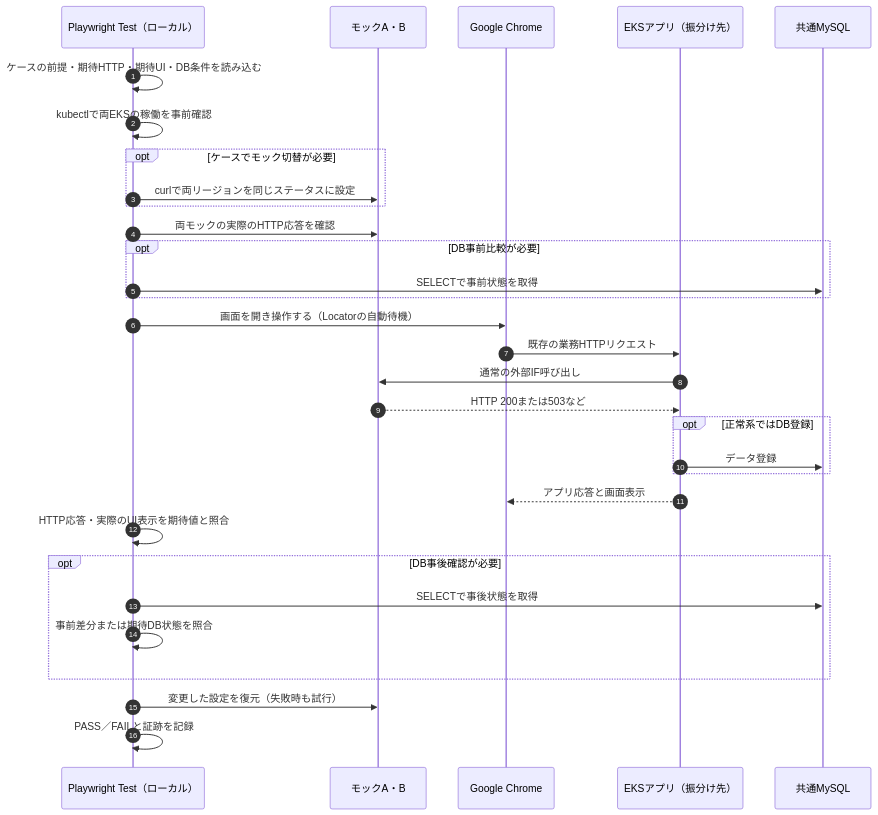
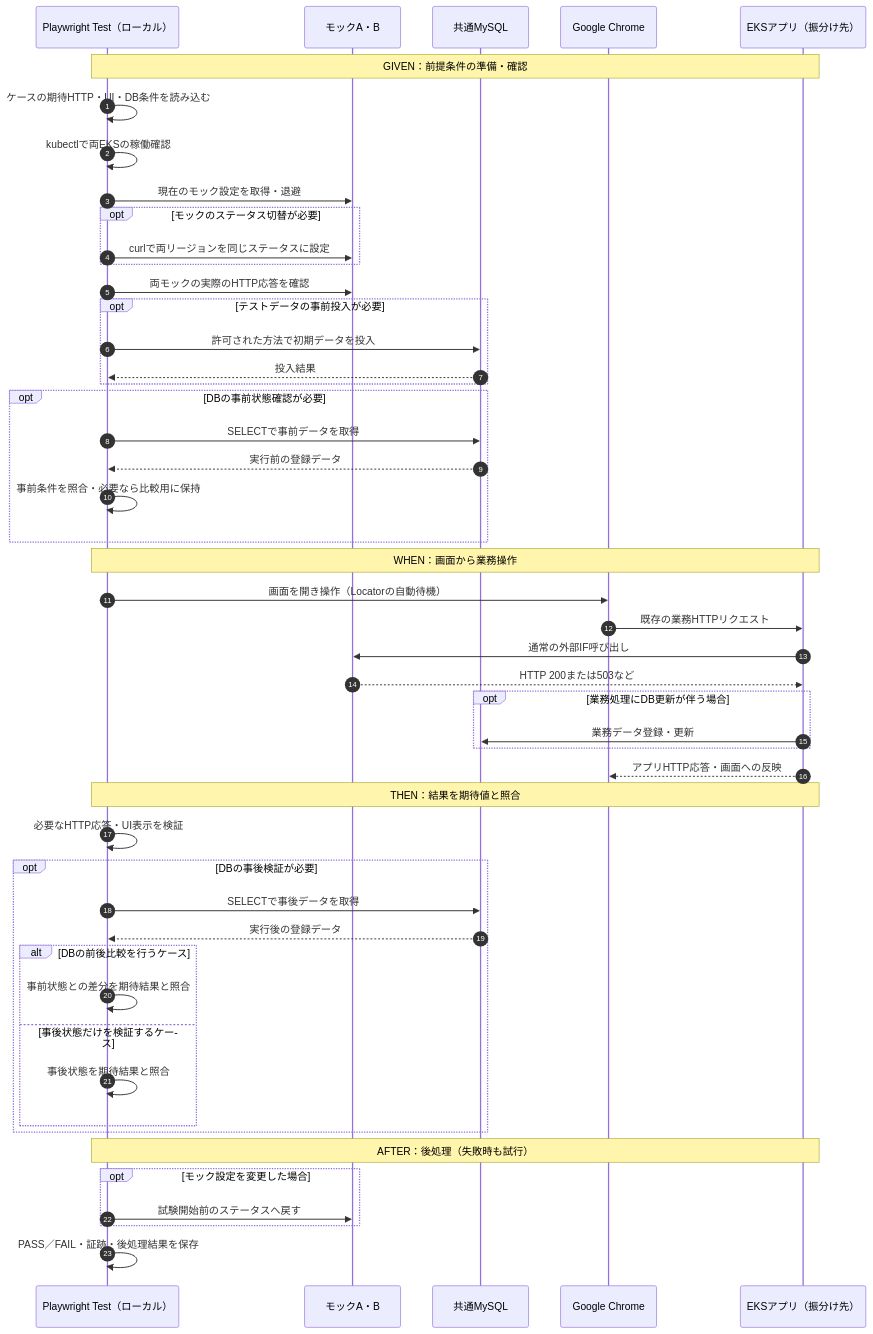
The first of 2 diagrams in docs/integration-test-strategy.md (Takahiro-Kaji/playwright-demo), drawn with Mermaid before and after one commit. The commit also changed other lines of this file, not shown here.

Commit message:
docs: restructure UI test sequence into Given When Then and mock teardown

````diff
--- a/docs/integration-test-strategy.md
+++ b/docs/integration-test-strategy.md
@@ -193,34 +193,55 @@
 ```mermaid
 sequenceDiagram
     autonumber
     participant T as Playwright Test（ローカル）
     participant M as モックA・B
+    participant D as 共通MySQL
     participant C as Google Chrome
     participant A as EKSアプリ（振分け先）
-    participant D as 共通MySQL
 
-    T->>T: ケースの前提・期待HTTP・期待UI・DB条件を読み込む
-    T->>T: kubectlで両EKSの稼働を事前確認
-    opt ケースでモック切替が必要
+    Note over T,A: GIVEN：前提条件の準備・確認
+    T->>T: ケースの期待HTTP・UI・DB条件を読み込む
+    T->>T: kubectlで両EKSの稼働確認
+    T->>M: 現在のモック設定を取得・退避
+    opt モックのステータス切替が必要
         T->>M: curlで両リージョンを同じステータスに設定
     end
     T->>M: 両モックの実際のHTTP応答を確認
-    opt DB事前比較が必要
-        T->>D: SELECTで事前状態を取得
+    opt テストデータの事前投入が必要
+        T->>D: 許可された方法で初期データを投入
+        D-->>T: 投入結果
     end
-    T->>C: 画面を開き操作する（Locatorの自動待機）
+    opt DBの事前状態確認が必要
+        T->>D: SELECTで事前データを取得
+        D-->>T: 実行前の登録データ
+        T->>T: 事前条件を照合・必要なら比較用に保持
+    end
+
+    Note over T,A: WHEN：画面から業務操作
+    T->>C: 画面を開き操作（Locatorの自動待機）
     C->>A: 既存の業務HTTPリクエスト
     A->>M: 通常の外部IF呼び出し
     M-->>A: HTTP 200または503など
-    opt 正常系ではDB登録
-        A->>D: データ登録
+    opt 業務処理にDB更新が伴う場合
+        A->>D: 業務データ登録・更新
     end
-    A-->>C: アプリ応答と画面表示
-    T->>T: HTTP応答・実際のUI表示を期待値と照合
-    opt DB事後確認が必要
-        T->>D: SELECTで事後状態を取得
-        T->>T: 事前差分または期待DB状態を照合
+    A-->>C: アプリHTTP応答・画面への反映
+
+    Note over T,A: THEN：結果を期待値と照合
+    T->>T: 必要なHTTP応答・UI表示を検証
+    opt DBの事後検証が必要
+        T->>D: SELECTで事後データを取得
+        D-->>T: 実行後の登録データ
+        alt DBの前後比較を行うケース
+            T->>T: 事前状態との差分を期待結果と照合
+        else 事後状態だけを検証するケース
+            T->>T: 事後状態を期待結果と照合
+        end
     end
-    T->>M: 変更した設定を復元（失敗時も試行）
-    T->>T: PASS／FAILと証跡を記録
+
+    Note over T,A: AFTER：後処理（失敗時も試行）
+    opt モック設定を変更した場合
+        T->>M: 試験開始前のステータスへ戻す
+    end
+    T->>T: PASS／FAIL・証跡・後処理結果を保存
 ```
````
